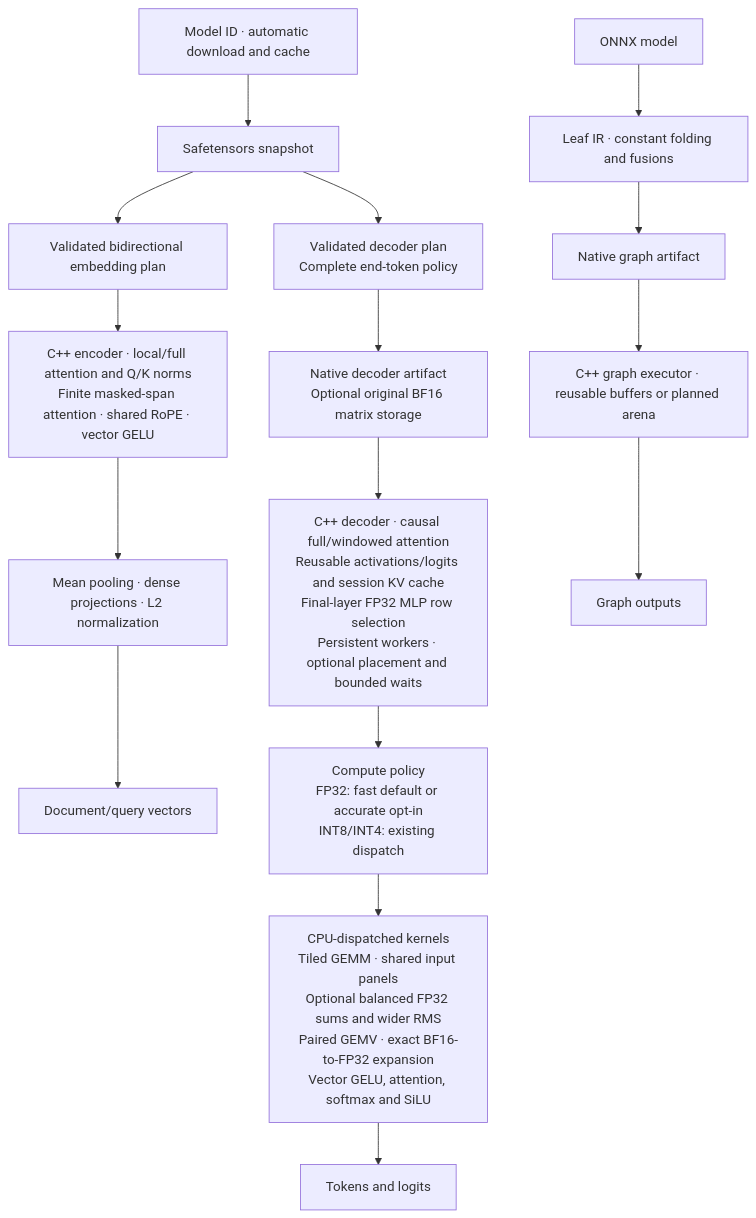
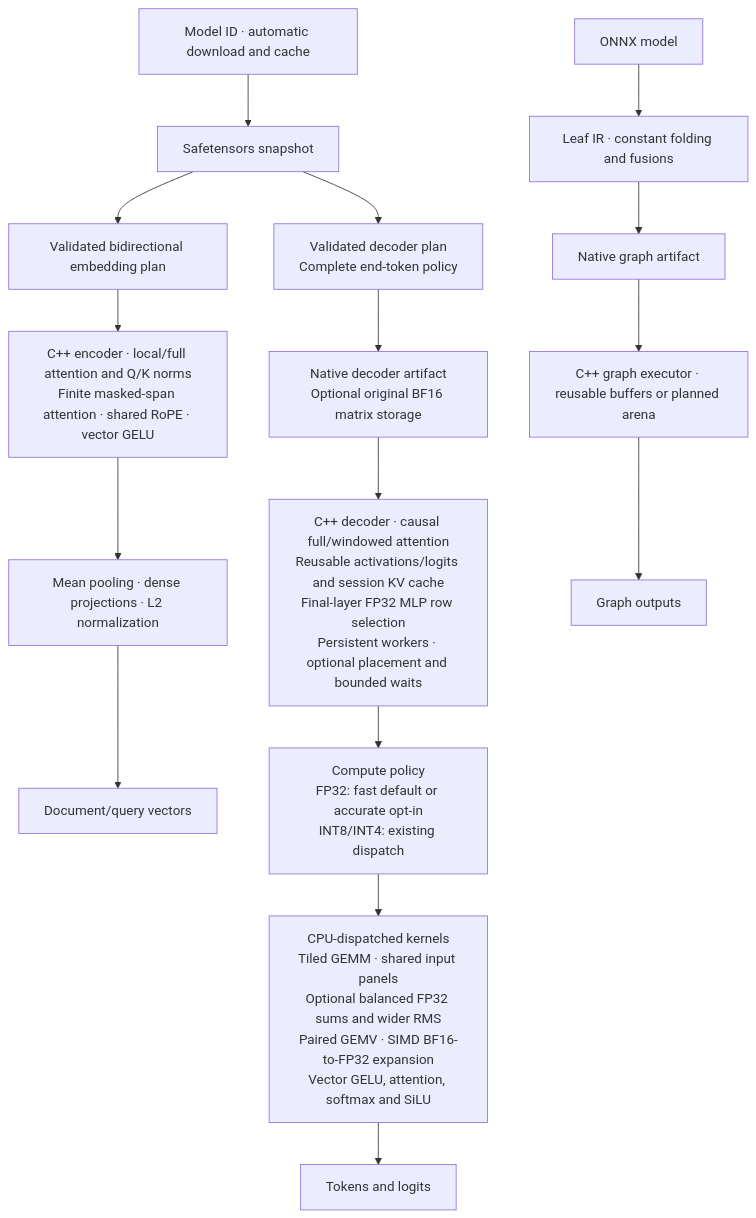
Before and after one commit to Nbit-51/Leaf: the first of 2 diagrams in README.md, drawn with Mermaid. The commit also changed 11 other files, not shown here.

Commit message:
Vectorize exact BF16 expansion and retain measured timing limits

````diff
--- a/README.md
+++ b/README.md
@@ -158,18 +158,18 @@
 ```mermaid
 flowchart TB
     H["Model ID · automatic download and cache"] --> S["Safetensors snapshot"]
     S --> P["Validated decoder plan<br/>Complete end-token policy"]
     S --> B["Validated bidirectional embedding plan"]
     B --> N["C++ encoder · local/full attention and Q/K norms<br/>Finite masked-span attention · shared RoPE · vector GELU"]
     N --> V["Mean pooling · dense projections · L2 normalization"]
     V --> F["Document/query vectors"]
     O["ONNX model"] --> G["Leaf IR · constant folding and fusions"]
     P --> D["Native decoder artifact<br/>Optional original BF16 matrix storage"]
     G --> A["Native graph artifact"]
     D --> R["C++ decoder · causal full/windowed attention<br/>Reusable activations/logits and session KV cache<br/>Final-layer FP32 MLP row selection<br/>Persistent workers · optional placement and bounded waits"]
     A --> E["C++ graph executor · reusable buffers or planned arena"]
     R --> M["Compute policy<br/>FP32: fast default or accurate opt-in<br/>INT8/INT4: existing dispatch"]
-    M --> K["CPU-dispatched kernels<br/>Tiled GEMM · shared input panels<br/>Optional balanced FP32 sums and wider RMS<br/>Paired GEMV · exact BF16-to-FP32 expansion<br/>Vector GELU, attention, softmax and SiLU"]
+    M --> K["CPU-dispatched kernels<br/>Tiled GEMM · shared input panels<br/>Optional balanced FP32 sums and wider RMS<br/>Paired GEMV · SIMD BF16-to-FP32 expansion<br/>Vector GELU, attention, softmax and SiLU"]
     K --> T["Tokens and logits"]
     E --> U["Graph outputs"]
 ```
````
